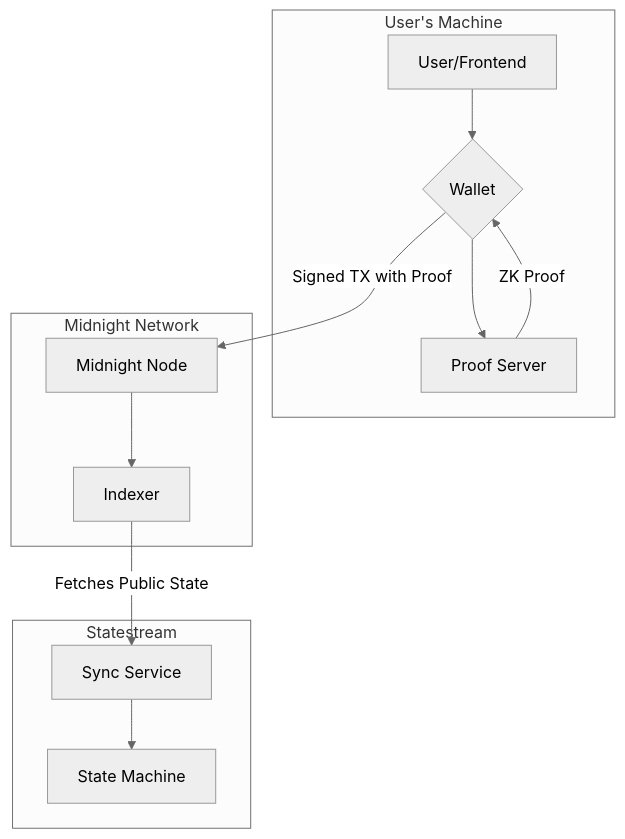
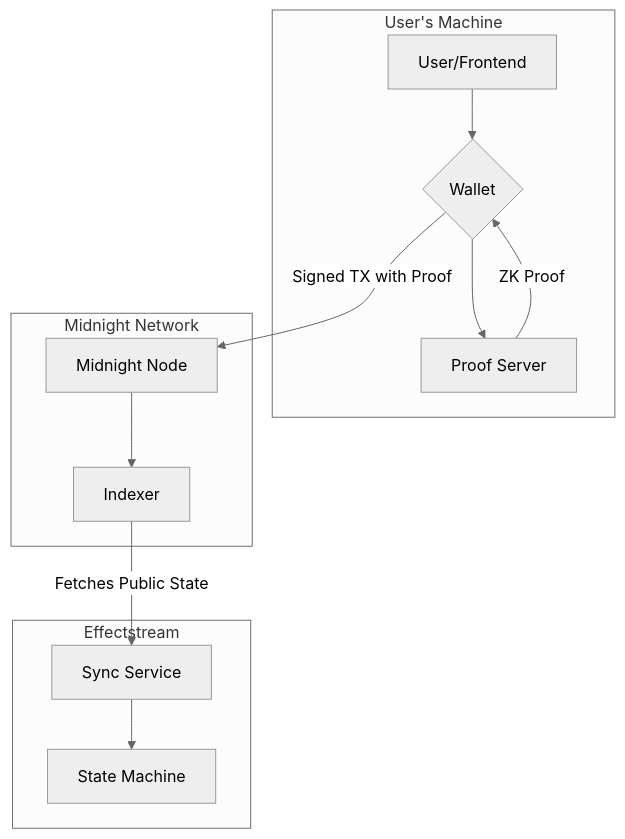
One commit to effectstream/effectstream changed the diagram in docs/site/docs/home/200-chains/202-midnight.md. Above: the diagram before and after it, drawn with Mermaid (neutral theme). The commit also changed other lines of this file and 600 other files, not shown here.

````diff
--- a/docs/site/docs/home/200-chains/202-midnight.md
+++ b/docs/site/docs/home/200-chains/202-midnight.md
@@ -24,21 +24,21 @@
 ```mermaid
 graph TD
-    subgraph Statestream
+    subgraph Effectstream
         PaimaSync[Sync Service] --> PaimaSM[State Machine]
     end
 
     subgraph User's Machine
         A[User/Frontend] --> B{Wallet};
         B --> C[Proof Server];
     end
 
     subgraph Midnight Network
         D[Midnight Node] --> E[Indexer];
     end
 
     C -- ZK Proof --> B;
     B -- Signed TX with Proof --> D;
     E -- Fetches Public State --> PaimaSync;
 
    
 ```
````
